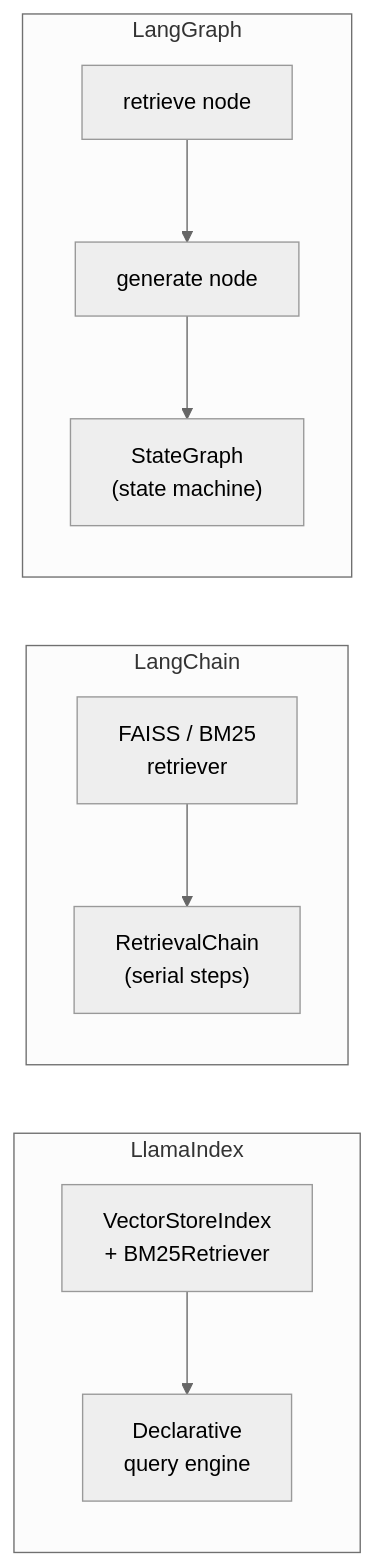
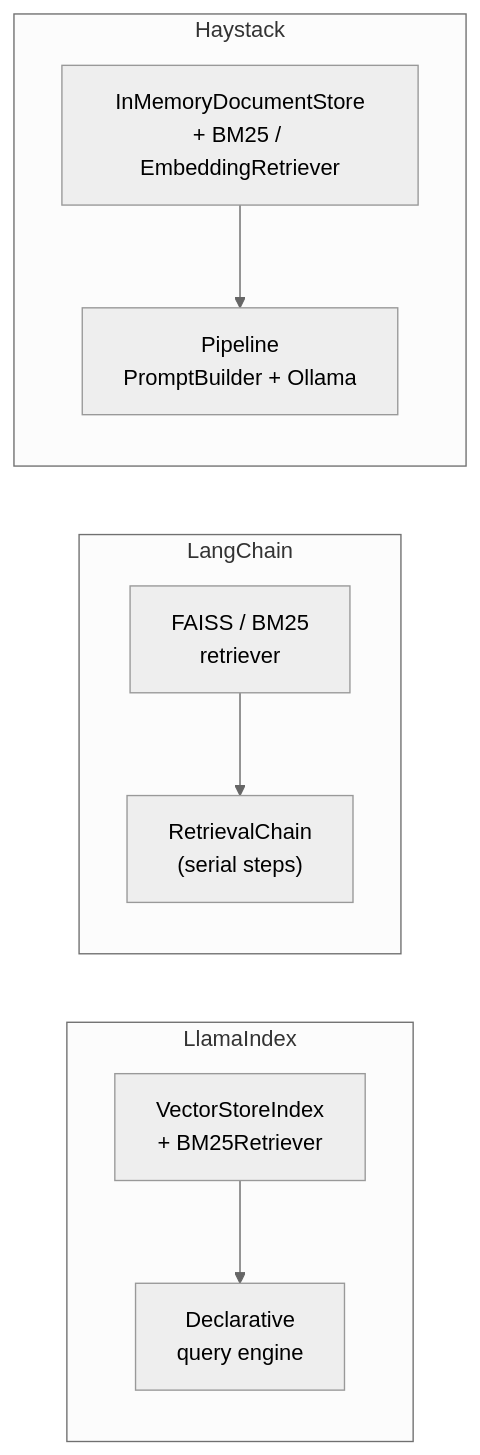
One commit to sty0331us/RAG_Experiment changed the third of 3 diagrams in Desktop/workspace/RAG_Experiment/README.md. Above: the diagram before and after it, drawn with Mermaid (neutral theme). The commit also changed other lines of this file and 18 other files, not shown here.

First line of the commit message:
Replace LangGraph with Haystack for a fairer 3-way RAG comparison.

````diff
--- a/Desktop/workspace/RAG_Experiment/README.md
+++ b/Desktop/workspace/RAG_Experiment/README.md
@@ -74,15 +74,14 @@
 ```mermaid
 flowchart LR
     subgraph LlamaIndex
         LI1["VectorStoreIndex<br/>+ BM25Retriever"] --> LI2["Declarative<br/>query engine"]
     end
 
     subgraph LangChain
         LC1["FAISS / BM25<br/>retriever"] --> LC2["RetrievalChain<br/>(serial steps)"]
     end
 
-    subgraph LangGraph
-        LG1["retrieve node"] --> LG2["generate node"]
-        LG2 --> LG3["StateGraph<br/>(state machine)"]
+    subgraph Haystack
+        HS1["InMemoryDocumentStore<br/>+ BM25 / EmbeddingRetriever"] --> HS2["Pipeline<br/>PromptBuilder + Ollama"]
     end
 ```
````
